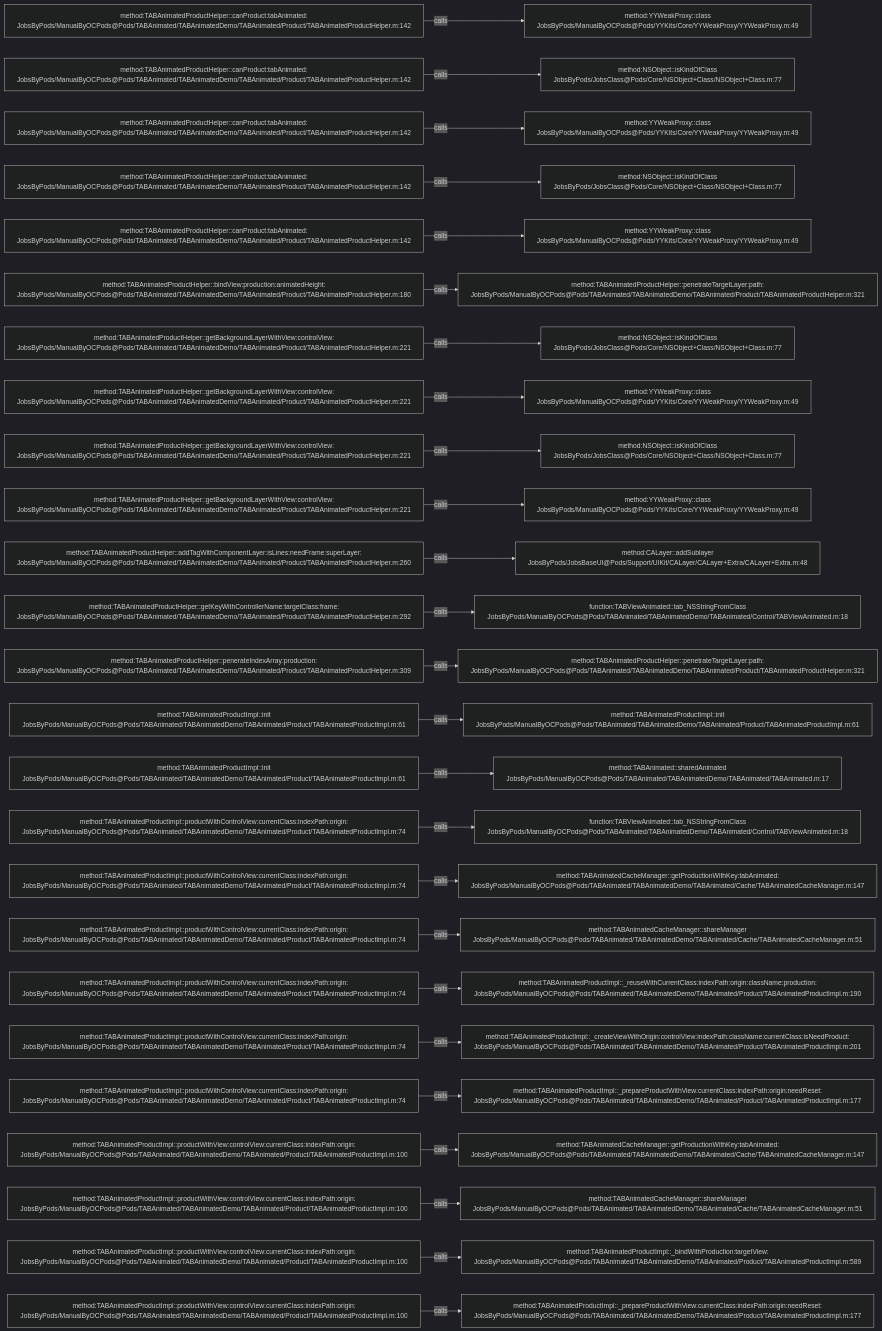
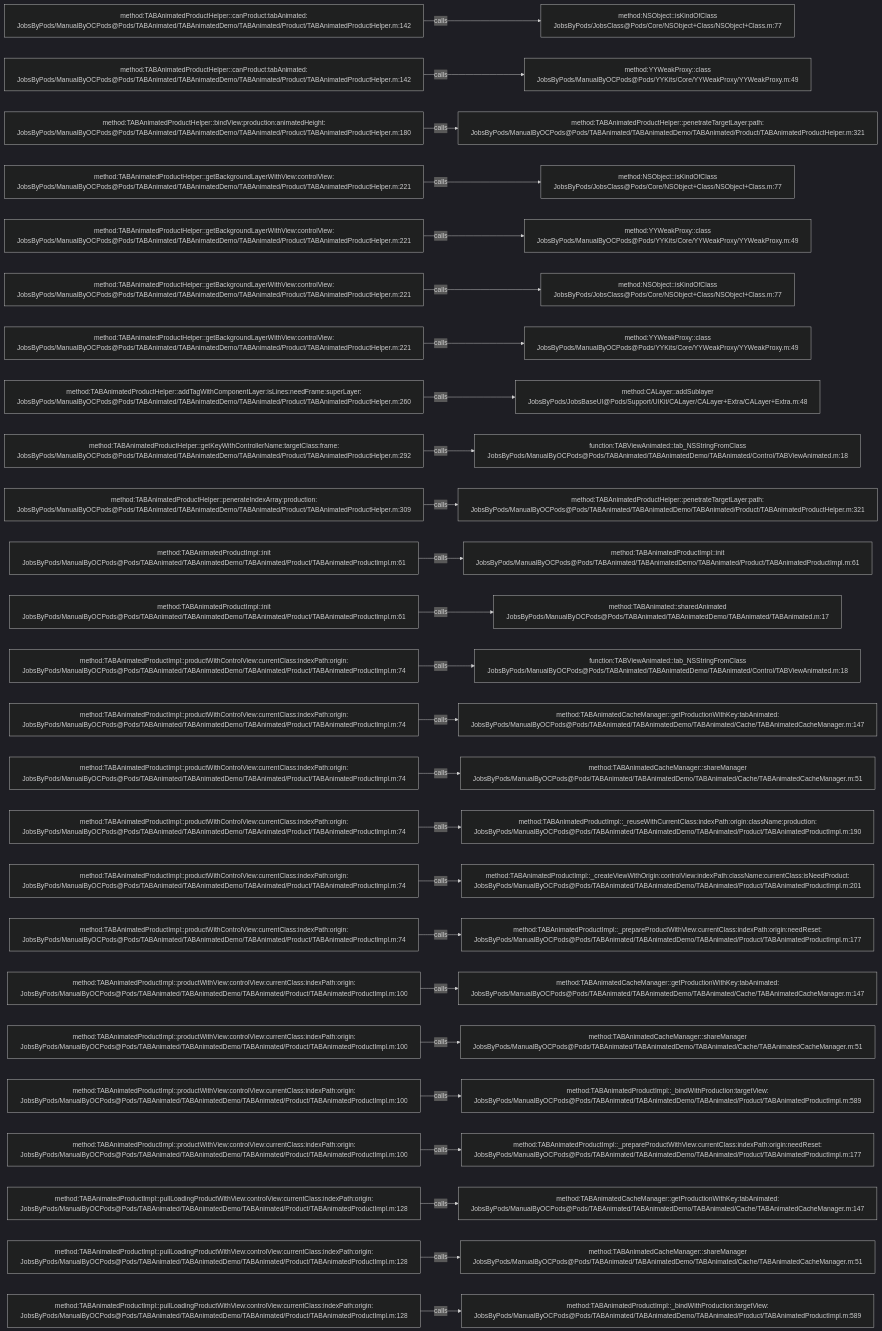
Before and after one commit to JobsKits/JobsOCBaseConfigDemo: the diagram in .codegraph/codegraph.md/graphs/calls-036.md, drawn with Mermaid (dark theme). The commit also changed 342 other files, not shown here.

````diff
--- a/.codegraph/codegraph.md/graphs/calls-036.md
+++ b/.codegraph/codegraph.md/graphs/calls-036.md
@@ -13,78 +13,78 @@
 ```mermaid
 flowchart LR
   S1["method:TABAnimatedProductHelper::canProduct:tabAnimated:<br/>JobsByPods/ManualByOCPods@Pods/TABAnimated/TABAnimatedDemo/TABAnimated/Product/TABAnimatedProductHelper.m:142"]
-  T1["method:YYWeakProxy::class<br/>JobsByPods/ManualByOCPods@Pods/YYKits/Core/YYWeakProxy/YYWeakProxy.m:49"]
+  T1["method:NSObject::isKindOfClass<br/>JobsByPods/JobsClass@Pods/Core/NSObject+Class/NSObject+Class.m:77"]
   S1 -->|calls| T1
   S2["method:TABAnimatedProductHelper::canProduct:tabAnimated:<br/>JobsByPods/ManualByOCPods@Pods/TABAnimated/TABAnimatedDemo/TABAnimated/Product/TABAnimatedProductHelper.m:142"]
-  T2["method:NSObject::isKindOfClass<br/>JobsByPods/JobsClass@Pods/Core/NSObject+Class/NSObject+Class.m:77"]
+  T2["method:YYWeakProxy::class<br/>JobsByPods/ManualByOCPods@Pods/YYKits/Core/YYWeakProxy/YYWeakProxy.m:49"]
   S2 -->|calls| T2
-  S3["method:TABAnimatedProductHelper::canProduct:tabAnimated:<br/>JobsByPods/ManualByOCPods@Pods/TABAnimated/TABAnimatedDemo/TABAnimated/Product/TABAnimatedProductHelper.m:142"]
-  T3["method:YYWeakProxy::class<br/>JobsByPods/ManualByOCPods@Pods/YYKits/Core/YYWeakProxy/YYWeakProxy.m:49"]
+  S3["method:TABAnimatedProductHelper::bindView:production:animatedHeight:<br/>JobsByPods/ManualByOCPods@Pods/TABAnimated/TABAnimatedDemo/TABAnimated/Product/TABAnimatedProductHelper.m:180"]
+  T3["method:TABAnimatedProductHelper::penetrateTargetLayer:path:<br/>JobsByPods/ManualByOCPods@Pods/TABAnimated/TABAnimatedDemo/TABAnimated/Product/TABAnimatedProductHelper.m:321"]
   S3 -->|calls| T3
-  S4["method:TABAnimatedProductHelper::canProduct:tabAnimated:<br/>JobsByPods/ManualByOCPods@Pods/TABAnimated/TABAnimatedDemo/TABAnimated/Product/TABAnimatedProductHelper.m:142"]
+  S4["method:TABAnimatedProductHelper::getBackgroundLayerWithView:controlView:<br/>JobsByPods/ManualByOCPods@Pods/TABAnimated/TABAnimatedDemo/TABAnimated/Product/TABAnimatedProductHelper.m:221"]
   T4["method:NSObject::isKindOfClass<br/>JobsByPods/JobsClass@Pods/Core/NSObject+Class/NSObject+Class.m:77"]
   S4 -->|calls| T4
-  S5["method:TABAnimatedProductHelper::canProduct:tabAnimated:<br/>JobsByPods/ManualByOCPods@Pods/TABAnimated/TABAnimatedDemo/TABAnimated/Product/TABAnimatedProductHelper.m:142"]
+  S5["method:TABAnimatedProductHelper::getBackgroundLayerWithView:controlView:<br/>JobsByPods/ManualByOCPods@Pods/TABAnimated/TABAnimatedDemo/TABAnimated/Product/TABAnimatedProductHelper.m:221"]
   T5["method:YYWeakProxy::class<br/>JobsByPods/ManualByOCPods@Pods/YYKits/Core/YYWeakProxy/YYWeakProxy.m:49"]
   S5 -->|calls| T5
-  S6["method:TABAnimatedProductHelper::bindView:production:animatedHeight:<br/>JobsByPods/ManualByOCPods@Pods/TABAnimated/TABAnimatedDemo/TABAnimated/Product/TABAnimatedProductHelper.m:180"]
-  T6["method:TABAnimatedProductHelper::penetrateTargetLayer:path:<br/>JobsByPods/ManualByOCPods@Pods/TABAnimated/TABAnimatedDemo/TABAnimated/Product/TABAnimatedProductHelper.m:321"]
+  S6["method:TABAnimatedProductHelper::getBackgroundLayerWithView:controlView:<br/>JobsByPods/ManualByOCPods@Pods/TABAnimated/TABAnimatedDemo/TABAnimated/Product/TABAnimatedProductHelper.m:221"]
+  T6["method:NSObject::isKindOfClass<br/>JobsByPods/JobsClass@Pods/Core/NSObject+Class/NSObject+Class.m:77"]
   S6 -->|calls| T6
   S7["method:TABAnimatedProductHelper::getBackgroundLayerWithView:controlView:<br/>JobsByPods/ManualByOCPods@Pods/TABAnimated/TABAnimatedDemo/TABAnimated/Product/TABAnimatedProductHelper.m:221"]
-  T7["method:NSObject::isKindOfClass<br/>JobsByPods/JobsClass@Pods/Core/NSObject+Class/NSObject+Class.m:77"]
+  T7["method:YYWeakProxy::class<br/>JobsByPods/ManualByOCPods@Pods/YYKits/Core/YYWeakProxy/YYWeakProxy.m:49"]
   S7 -->|calls| T7
-  S8["method:TABAnimatedProductHelper::getBackgroundLayerWithView:controlView:<br/>JobsByPods/ManualByOCPods@Pods/TABAnimated/TABAnimatedDemo/TABAnimated/Product/TABAnimatedProductHelper.m:221"]
-  T8["method:YYWeakProxy::class<br/>JobsByPods/ManualByOCPods@Pods/YYKits/Core/YYWeakProxy/YYWeakProxy.m:49"]
+  S8["method:TABAnimatedProductHelper::addTagWithComponentLayer:isLines:needFrame:superLayer:<br/>JobsByPods/ManualByOCPods@Pods/TABAnimated/TABAnimatedDemo/TABAnimated/Product/TABAnimatedProductHelper.m:260"]
+  T8["method:CALayer::addSublayer<br/>JobsByPods/JobsBaseUI@Pods/Support/UIKit/CALayer/CALayer+Extra/CALayer+Extra.m:48"]
   S8 -->|calls| T8
-  S9["method:TABAnimatedProductHelper::getBackgroundLayerWithView:controlView:<br/>JobsByPods/ManualByOCPods@Pods/TABAnimated/TABAnimatedDemo/TABAnimated/Product/TABAnimatedProductHelper.m:221"]
-  T9["method:NSObject::isKindOfClass<br/>JobsByPods/JobsClass@Pods/Core/NSObject+Class/NSObject+Class.m:77"]
+  S9["method:TABAnimatedProductHelper::getKeyWithControllerName:targetClass:frame:<br/>JobsByPods/ManualByOCPods@Pods/TABAnimated/TABAnimatedDemo/TABAnimated/Product/TABAnimatedProductHelper.m:292"]
+  T9["function:TABViewAnimated::tab_NSStringFromClass<br/>JobsByPods/ManualByOCPods@Pods/TABAnimated/TABAnimatedDemo/TABAnimated/Control/TABViewAnimated.m:18"]
   S9 -->|calls| T9
-  S10["method:TABAnimatedProductHelper::getBackgroundLayerWithView:controlView:<br/>JobsByPods/ManualByOCPods@Pods/TABAnimated/TABAnimatedDemo/TABAnimated/Product/TABAnimatedProductHelper.m:221"]
-  T10["method:YYWeakProxy::class<br/>JobsByPods/ManualByOCPods@Pods/YYKits/Core/YYWeakProxy/YYWeakProxy.m:49"]
+  S10["method:TABAnimatedProductHelper::penerateIndexArray:production:<br/>JobsByPods/ManualByOCPods@Pods/TABAnimated/TABAnimatedDemo/TABAnimated/Product/TABAnimatedProductHelper.m:309"]
+  T10["method:TABAnimatedProductHelper::penetrateTargetLayer:path:<br/>JobsByPods/ManualByOCPods@Pods/TABAnimated/TABAnimatedDemo/TABAnimated/Product/TABAnimatedProductHelper.m:321"]
   S10 -->|calls| T10
-  S11["method:TABAnimatedProductHelper::addTagWithComponentLayer:isLines:needFrame:superLayer:<br/>JobsByPods/ManualByOCPods@Pods/TABAnimated/TABAnimatedDemo/TABAnimated/Product/TABAnimatedProductHelper.m:260"]
-  T11["method:CALayer::addSublayer<br/>JobsByPods/JobsBaseUI@Pods/Support/UIKit/CALayer/CALayer+Extra/CALayer+Extra.m:48"]
+  S11["method:TABAnimatedProductImpl::init<br/>JobsByPods/ManualByOCPods@Pods/TABAnimated/TABAnimatedDemo/TABAnimated/Product/TABAnimatedProductImpl.m:61"]
+  T11["method:TABAnimatedProductImpl::init<br/>JobsByPods/ManualByOCPods@Pods/TABAnimated/TABAnimatedDemo/TABAnimated/Product/TABAnimatedProductImpl.m:61"]
   S11 -->|calls| T11
-  S12["method:TABAnimatedProductHelper::getKeyWithControllerName:targetClass:frame:<br/>JobsByPods/ManualByOCPods@Pods/TABAnimated/TABAnimatedDemo/TABAnimated/Product/TABAnimatedProductHelper.m:292"]
-  T12["function:TABViewAnimated::tab_NSStringFromClass<br/>JobsByPods/ManualByOCPods@Pods/TABAnimated/TABAnimatedDemo/TABAnimated/Control/TABViewAnimated.m:18"]
+  S12["method:TABAnimatedProductImpl::init<br/>JobsByPods/ManualByOCPods@Pods/TABAnimated/TABAnimatedDemo/TABAnimated/Product/TABAnimatedProductImpl.m:61"]
+  T12["method:TABAnimated::sharedAnimated<br/>JobsByPods/ManualByOCPods@Pods/TABAnimated/TABAnimatedDemo/TABAnimated/TABAnimated.m:17"]
   S12 -->|calls| T12
-  S13["method:TABAnimatedProductHelper::penerateIndexArray:production:<br/>JobsByPods/ManualByOCPods@Pods/TABAnimated/TABAnimatedDemo/TABAnimated/Product/TABAnimatedProductHelper.m:309"]
-  T13["method:TABAnimatedProductHelper::penetrateTargetLayer:path:<br/>JobsByPods/ManualByOCPods@Pods/TABAnimated/TABAnimatedDemo/TABAnimated/Product/TABAnimatedProductHelper.m:321"]
+  S13["method:TABAnimatedProductImpl::productWithControlView:currentClass:indexPath:origin:<br/>JobsByPods/ManualByOCPods@Pods/TABAnimated/TABAnimatedDemo/TABAnimated/Product/TABAnimatedProductImpl.m:74"]
+  T13["function:TABViewAnimated::tab_NSStringFromClass<br/>JobsByPods/ManualByOCPods@Pods/TABAnimated/TABAnimatedDemo/TABAnimated/Control/TABViewAnimated.m:18"]
   S13 -->|calls| T13
-  S14["method:TABAnimatedProductImpl::init<br/>JobsByPods/ManualByOCPods@Pods/TABAnimated/TABAnimatedDemo/TABAnimated/Product/TABAnimatedProductImpl.m:61"]
-  T14["method:TABAnimatedProductImpl::init<br/>JobsByPods/ManualByOCPods@Pods/TABAnimated/TABAnimatedDemo/TABAnimated/Product/TABAnimatedProductImpl.m:61"]
+  S14["method:TABAnimatedProductImpl::productWithControlView:currentClass:indexPath:origin:<br/>JobsByPods/ManualByOCPods@Pods/TABAnimated/TABAnimatedDemo/TABAnimated/Product/TABAnimatedProductImpl.m:74"]
+  T14["method:TABAnimatedCacheManager::getProductionWithKey:tabAnimated:<br/>JobsByPods/ManualByOCPods@Pods/TABAnimated/TABAnimatedDemo/TABAnimated/Cache/TABAnimatedCacheManager.m:147"]
   S14 -->|calls| T14
-  S15["method:TABAnimatedProductImpl::init<br/>JobsByPods/ManualByOCPods@Pods/TABAnimated/TABAnimatedDemo/TABAnimated/Product/TABAnimatedProductImpl.m:61"]
-  T15["method:TABAnimated::sharedAnimated<br/>JobsByPods/ManualByOCPods@Pods/TABAnimated/TABAnimatedDemo/TABAnimated/TABAnimated.m:17"]
+  S15["method:TABAnimatedProductImpl::productWithControlView:currentClass:indexPath:origin:<br/>JobsByPods/ManualByOCPods@Pods/TABAnimated/TABAnimatedDemo/TABAnimated/Product/TABAnimatedProductImpl.m:74"]
+  T15["method:TABAnimatedCacheManager::shareManager<br/>JobsByPods/ManualByOCPods@Pods/TABAnimated/TABAnimatedDemo/TABAnimated/Cache/TABAnimatedCacheManager.m:51"]
   S15 -->|calls| T15
   S16["method:TABAnimatedProductImpl::productWithControlView:currentClass:indexPath:origin:<br/>JobsByPods/ManualByOCPods@Pods/TABAnimated/TABAnimatedDemo/TABAnimated/Product/TABAnimatedProductImpl.m:74"]
-  T16["function:TABViewAnimated::tab_NSStringFromClass<br/>JobsByPods/ManualByOCPods@Pods/TABAnimated/TABAnimatedDemo/TABAnimated/Control/TABViewAnimated.m:18"]
+  T16["method:TABAnimatedProductImpl::_reuseWithCurrentClass:indexPath:origin:className:production:<br/>JobsByPods/ManualByOCPods@Pods/TABAnimated/TABAnimatedDemo/TABAnimated/Product/TABAnimatedProductImpl.m:190"]
   S16 -->|calls| T16
   S17["method:TABAnimatedProductImpl::productWithControlView:currentClass:indexPath:origin:<br/>JobsByPods/ManualByOCPods@Pods/TABAnimated/TABAnimatedDemo/TABAnimated/Product/TABAnimatedProductImpl.m:74"]
-  T17["method:TABAnimatedCacheManager::getProductionWithKey:tabAnimated:<br/>JobsByPods/ManualByOCPods@Pods/TABAnimated/TABAnimatedDemo/TABAnimated/Cache/TABAnimatedCacheManager.m:147"]
+  T17["method:TABAnimatedProductImpl::_createViewWithOrigin:controlView:indexPath:className:currentClass:isNeedProduct:<br/>JobsByPods/ManualByOCPods@Pods/TABAnimated/TABAnimatedDemo/TABAnimated/Product/TABAnimatedProductImpl.m:201"]
   S17 -->|calls| T17
   S18["method:TABAnimatedProductImpl::productWithControlView:currentClass:indexPath:origin:<br/>JobsByPods/ManualByOCPods@Pods/TABAnimated/TABAnimatedDemo/TABAnimated/Product/TABAnimatedProductImpl.m:74"]
-  T18["method:TABAnimatedCacheManager::shareManager<br/>JobsByPods/ManualByOCPods@Pods/TABAnimated/TABAnimatedDemo/TABAnimated/Cache/TABAnimatedCacheManager.m:51"]
+  T18["method:TABAnimatedProductImpl::_prepareProductWithView:currentClass:indexPath:origin:needReset:<br/>JobsByPods/ManualByOCPods@Pods/TABAnimated/TABAnimatedDemo/TABAnimated/Product/TABAnimatedProductImpl.m:177"]
   S18 -->|calls| T18
-  S19["method:TABAnimatedProductImpl::productWithControlView:currentClass:indexPath:origin:<br/>JobsByPods/ManualByOCPods@Pods/TABAnimated/TABAnimatedDemo/TABAnimated/Product/TABAnimatedProductImpl.m:74"]
-  T19["method:TABAnimatedProductImpl::_reuseWithCurrentClass:indexPath:origin:className:production:<br/>JobsByPods/ManualByOCPods@Pods/TABAnimated/TABAnimatedDemo/TABAnimated/Product/TABAnimatedProductImpl.m:190"]
+  S19["method:TABAnimatedProductImpl::productWithView:controlView:currentClass:indexPath:origin:<br/>JobsByPods/ManualByOCPods@Pods/TABAnimated/TABAnimatedDemo/TABAnimated/Product/TABAnimatedProductImpl.m:100"]
+  T19["method:TABAnimatedCacheManager::getProductionWithKey:tabAnimated:<br/>JobsByPods/ManualByOCPods@Pods/TABAnimated/TABAnimatedDemo/TABAnimated/Cache/TABAnimatedCacheManager.m:147"]
   S19 -->|calls| T19
-  S20["method:TABAnimatedProductImpl::productWithControlView:currentClass:indexPath:origin:<br/>JobsByPods/ManualByOCPods@Pods/TABAnimated/TABAnimatedDemo/TABAnimated/Product/TABAnimatedProductImpl.m:74"]
-  T20["method:TABAnimatedProductImpl::_createViewWithOrigin:controlView:indexPath:className:currentClass:isNeedProduct:<br/>JobsByPods/ManualByOCPods@Pods/TABAnimated/TABAnimatedDemo/TABAnimated/Product/TABAnimatedProductImpl.m:201"]
+  S20["method:TABAnimatedProductImpl::productWithView:controlView:currentClass:indexPath:origin:<br/>JobsByPods/ManualByOCPods@Pods/TABAnimated/TABAnimatedDemo/TABAnimated/Product/TABAnimatedProductImpl.m:100"]
+  T20["method:TABAnimatedCacheManager::shareManager<br/>JobsByPods/ManualByOCPods@Pods/TABAnimated/TABAnimatedDemo/TABAnimated/Cache/TABAnimatedCacheManager.m:51"]
   S20 -->|calls| T20
-  S21["method:TABAnimatedProductImpl::productWithControlView:currentClass:indexPath:origin:<br/>JobsByPods/ManualByOCPods@Pods/TABAnimated/TABAnimatedDemo/TABAnimated/Product/TABAnimatedProductImpl.m:74"]
-  T21["method:TABAnimatedProductImpl::_prepareProductWithView:currentClass:indexPath:origin:needReset:<br/>JobsByPods/ManualByOCPods@Pods/TABAnimated/TABAnimatedDemo/TABAnimated/Product/TABAnimatedProductImpl.m:177"]
+  S21["method:TABAnimatedProductImpl::productWithView:controlView:currentClass:indexPath:origin:<br/>JobsByPods/ManualByOCPods@Pods/TABAnimated/TABAnimatedDemo/TABAnimated/Product/TABAnimatedProductImpl.m:100"]
+  T21["method:TABAnimatedProductImpl::_bindWithProduction:targetView:<br/>JobsByPods/ManualByOCPods@Pods/TABAnimated/TABAnimatedDemo/TABAnimated/Product/TABAnimatedProductImpl.m:589"]
   S21 -->|calls| T21
   S22["method:TABAnimatedProductImpl::productWithView:controlView:currentClass:indexPath:origin:<br/>JobsByPods/ManualByOCPods@Pods/TABAnimated/TABAnimatedDemo/TABAnimated/Product/TABAnimatedProductImpl.m:100"]
-  T22["method:TABAnimatedCacheManager::getProductionWithKey:tabAnimated:<br/>JobsByPods/ManualByOCPods@Pods/TABAnimated/TABAnimatedDemo/TABAnimated/Cache/TABAnimatedCacheManager.m:147"]
+  T22["method:TABAnimatedProductImpl::_prepareProductWithView:currentClass:indexPath:origin:needReset:<br/>JobsByPods/ManualByOCPods@Pods/TABAnimated/TABAnimatedDemo/TABAnimated/Product/TABAnimatedProductImpl.m:177"]
   S22 -->|calls| T22
-  S23["method:TABAnimatedProductImpl::productWithView:controlView:currentClass:indexPath:origin:<br/>JobsByPods/ManualByOCPods@Pods/TABAnimated/TABAnimatedDemo/TABAnimated/Product/TABAnimatedProductImpl.m:100"]
-  T23["method:TABAnimatedCacheManager::shareManager<br/>JobsByPods/ManualByOCPods@Pods/TABAnimated/TABAnimatedDemo/TABAnimated/Cache/TABAnimatedCacheManager.m:51"]
+  S23["method:TABAnimatedProductImpl::pullLoadingProductWithView:controlView:currentClass:indexPath:origin:<br/>JobsByPods/ManualByOCPods@Pods/TABAnimated/TABAnimatedDemo/TABAnimated/Product/TABAnimatedProductImpl.m:128"]
+  T23["method:TABAnimatedCacheManager::getProductionWithKey:tabAnimated:<br/>JobsByPods/ManualByOCPods@Pods/TABAnimated/TABAnimatedDemo/TABAnimated/Cache/TABAnimatedCacheManager.m:147"]
   S23 -->|calls| T23
-  S24["method:TABAnimatedProductImpl::productWithView:controlView:currentClass:indexPath:origin:<br/>JobsByPods/ManualByOCPods@Pods/TABAnimated/TABAnimatedDemo/TABAnimated/Product/TABAnimatedProductImpl.m:100"]
-  T24["method:TABAnimatedProductImpl::_bindWithProduction:targetView:<br/>JobsByPods/ManualByOCPods@Pods/TABAnimated/TABAnimatedDemo/TABAnimated/Product/TABAnimatedProductImpl.m:589"]
+  S24["method:TABAnimatedProductImpl::pullLoadingProductWithView:controlView:currentClass:indexPath:origin:<br/>JobsByPods/ManualByOCPods@Pods/TABAnimated/TABAnimatedDemo/TABAnimated/Product/TABAnimatedProductImpl.m:128"]
+  T24["method:TABAnimatedCacheManager::shareManager<br/>JobsByPods/ManualByOCPods@Pods/TABAnimated/TABAnimatedDemo/TABAnimated/Cache/TABAnimatedCacheManager.m:51"]
   S24 -->|calls| T24
-  S25["method:TABAnimatedProductImpl::productWithView:controlView:currentClass:indexPath:origin:<br/>JobsByPods/ManualByOCPods@Pods/TABAnimated/TABAnimatedDemo/TABAnimated/Product/TABAnimatedProductImpl.m:100"]
-  T25["method:TABAnimatedProductImpl::_prepareProductWithView:currentClass:indexPath:origin:needReset:<br/>JobsByPods/ManualByOCPods@Pods/TABAnimated/TABAnimatedDemo/TABAnimated/Product/TABAnimatedProductImpl.m:177"]
+  S25["method:TABAnimatedProductImpl::pullLoadingProductWithView:controlView:currentClass:indexPath:origin:<br/>JobsByPods/ManualByOCPods@Pods/TABAnimated/TABAnimatedDemo/TABAnimated/Product/TABAnimatedProductImpl.m:128"]
+  T25["method:TABAnimatedProductImpl::_bindWithProduction:targetView:<br/>JobsByPods/ManualByOCPods@Pods/TABAnimated/TABAnimatedDemo/TABAnimated/Product/TABAnimatedProductImpl.m:589"]
   S25 -->|calls| T25
 ```
````
